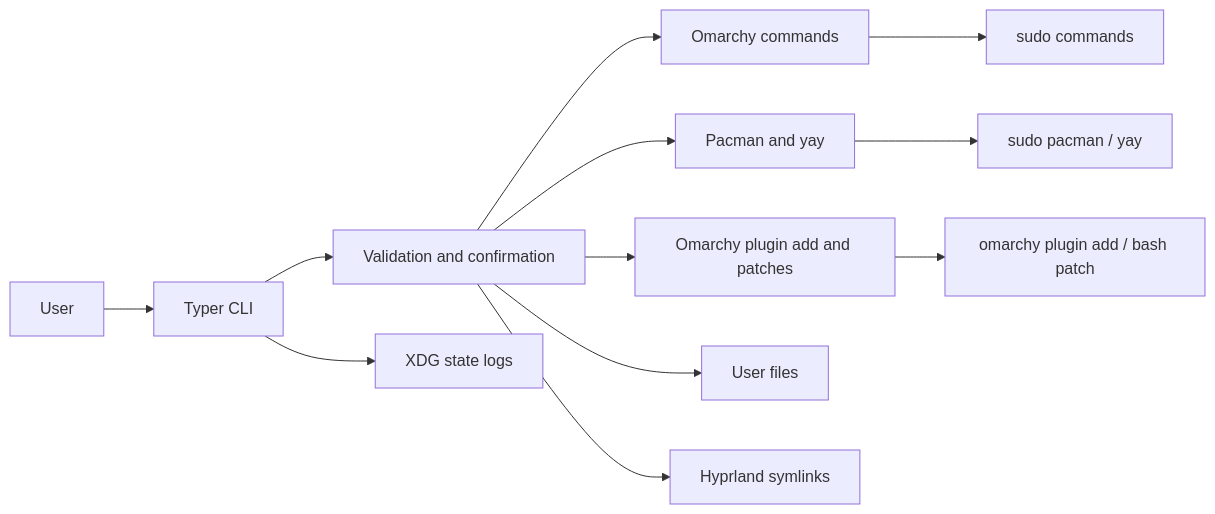
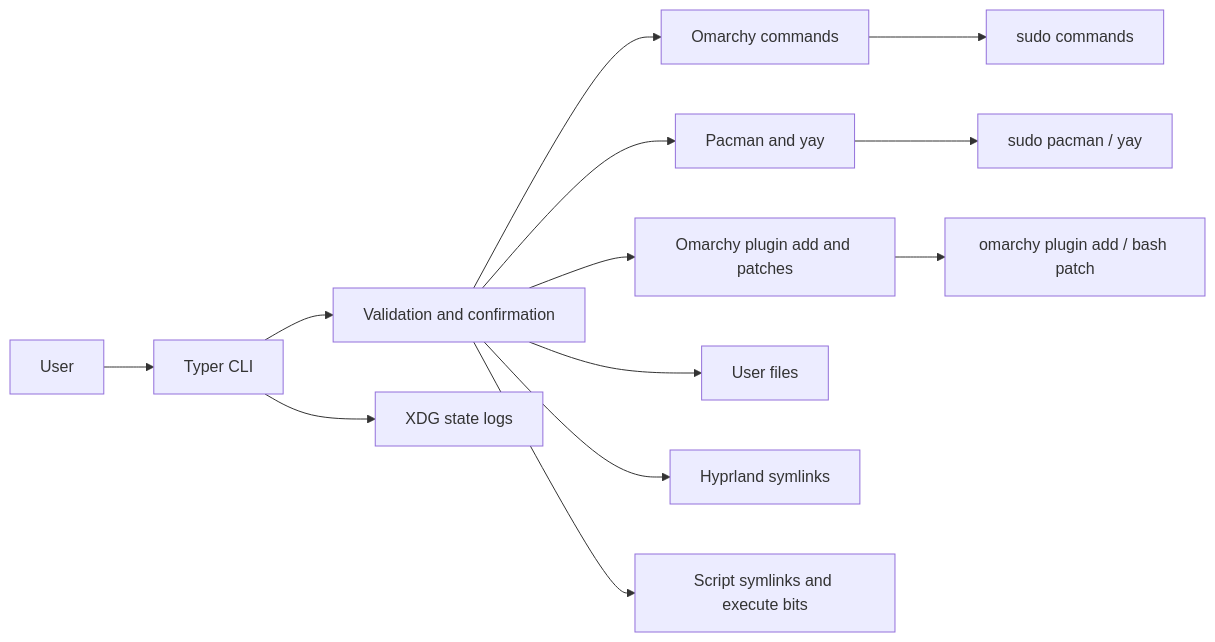
Before and after one commit to Armoghans-Organization/Omarchy-Tweaker: the first of 3 diagrams in docs/security.md, drawn with Mermaid. The commit also changed other lines of this file and 21 other files, not shown here.

````diff
--- a/docs/security.md
+++ b/docs/security.md
@@ -21,14 +21,15 @@
 ```mermaid
 flowchart LR
     U[User] --> CLI[Typer CLI]
     CLI --> V[Validation and confirmation]
     V --> O[Omarchy commands]
     V --> PM[Pacman and yay]
     V --> PL[Omarchy plugin add and patches]
     V --> FS[User files]
     V --> HY[Hyprland symlinks]
+    V --> SC[Script symlinks and execute bits]
     O --> S[sudo commands]
     PM --> P[sudo pacman / yay]
     PL --> Q[omarchy plugin add / bash patch]
     CLI --> L[XDG state logs]
 ```
````
